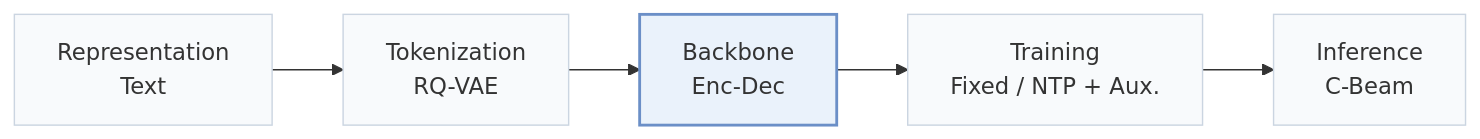
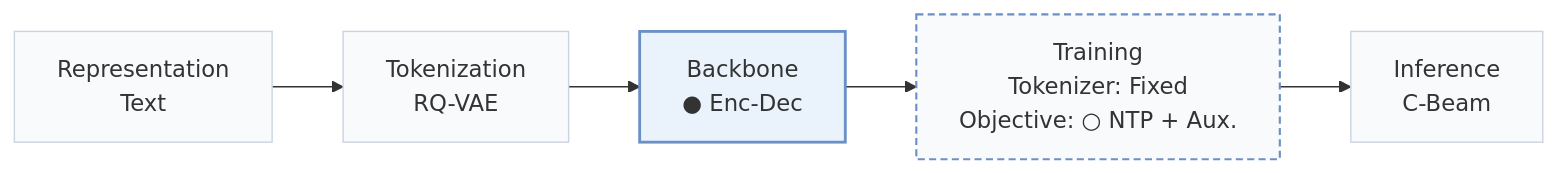
One commit to Galaxy-ghost/Awesome-SID-Generative-Rec changed the first of 2 diagrams in pages/papers/fedcgr.md. Above: the diagram before and after it, drawn with Mermaid. The commit also changed other lines of this file and 558 other files, not shown here.

````diff
--- a/pages/papers/fedcgr.md
+++ b/pages/papers/fedcgr.md
@@ -15,8 +19,10 @@
 ```mermaid
 flowchart LR
-    R["Representation<br/>Text"] --> T["Tokenization<br/>RQ-VAE"] --> B["Backbone<br/>Enc-Dec"] --> TR["Training<br/>Fixed / NTP + Aux."] --> I["Inference<br/>C-Beam"]
+    R["Representation<br/>Text"] --> T["Tokenization<br/>RQ-VAE"] --> B["Backbone<br/>● Enc-Dec"] --> TR["Training<br/>Tokenizer: Fixed<br/>Objective: ○ NTP + Aux."] --> I["Inference<br/>C-Beam"]
     classDef base fill:#f8fafc,stroke:#cbd5e1
     class R,T,B,TR,I base
+    classDef other fill:#f8fafc,stroke:#6b8fc7,stroke-width:1.5px,stroke-dasharray:5 3
+    class TR other
     classDef main fill:#eaf2fb,stroke:#6b8fc7,stroke-width:2px
     class B main
 ```
````
